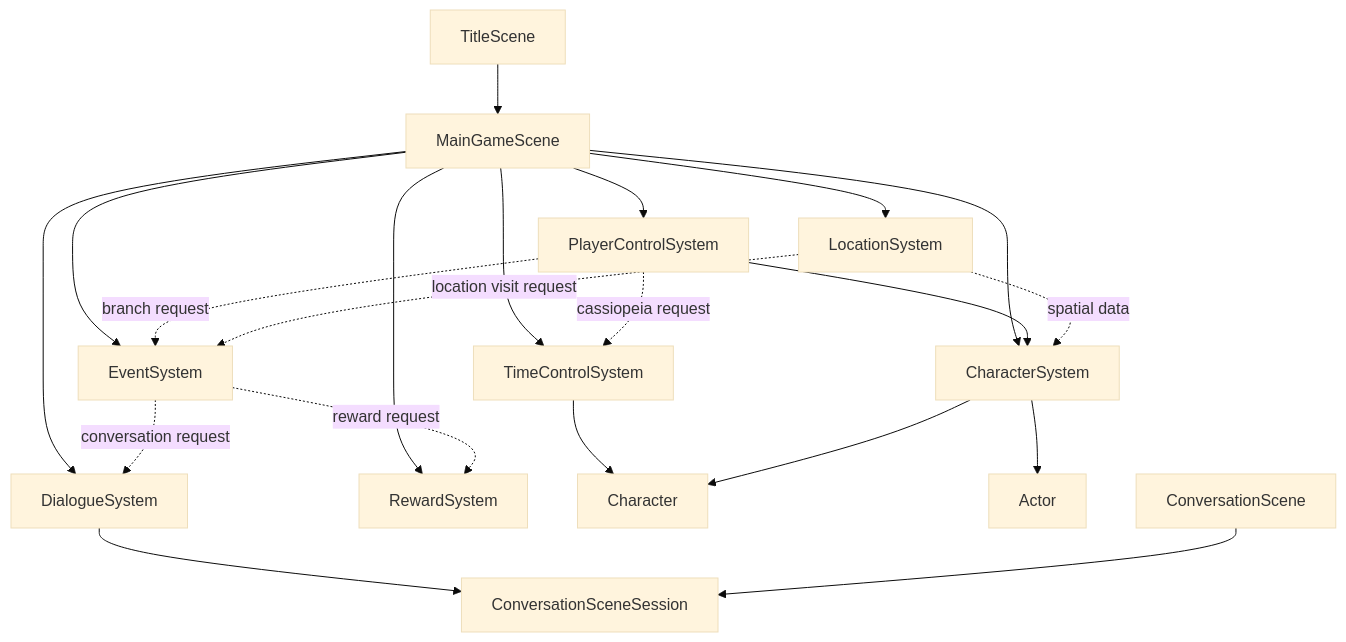
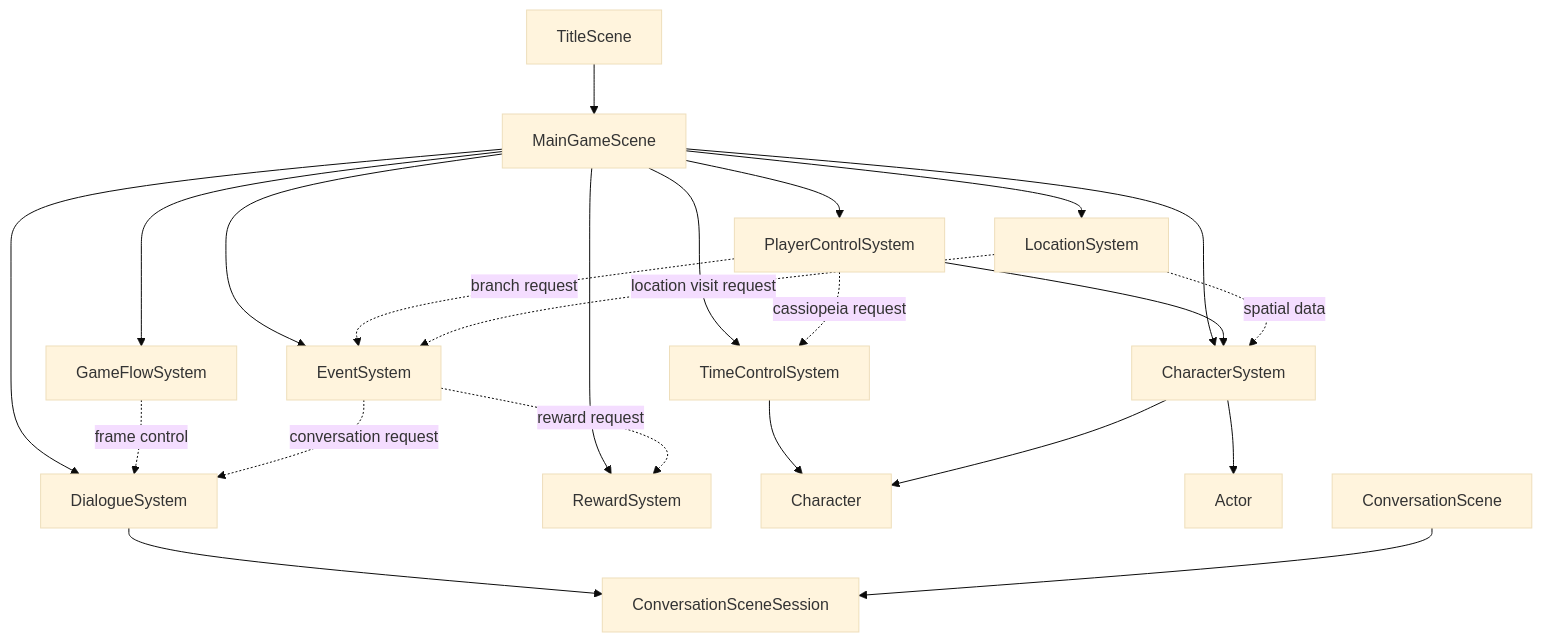
Before and after one commit to hachimitu22/negima-festival: the diagram in docs/詳細設計/ドメイン/シーン/README.md, drawn with Mermaid (base theme). The commit also changed other lines of this file and 13 other files, not shown here.

Commit message:
refactor: GameFlowSystem 化

````diff
--- a/docs/詳細設計/ドメイン/シーン/README.md
+++ b/docs/詳細設計/ドメイン/シーン/README.md
@@ -21,23 +22,25 @@
 ```mermaid
 flowchart TB
   TitleScene --> MainGameScene
   MainGameScene --> CharacterSystem
+  MainGameScene --> GameFlowSystem
   MainGameScene --> LocationSystem
   MainGameScene --> DialogueSystem
   MainGameScene --> PlayerControlSystem
   MainGameScene --> EventSystem
   MainGameScene --> RewardSystem
   MainGameScene --> TimeControlSystem
   PlayerControlSystem --> CharacterSystem
+  GameFlowSystem -. frame control .-> DialogueSystem
   PlayerControlSystem -. branch request .-> EventSystem
   PlayerControlSystem -. cassiopeia request .-> TimeControlSystem
   LocationSystem -. location visit request .-> EventSystem
   LocationSystem -. spatial data .-> CharacterSystem
   EventSystem -. conversation request .-> DialogueSystem
   EventSystem -. reward request .-> RewardSystem
   TimeControlSystem --> Character
   CharacterSystem --> Character
   CharacterSystem --> Actor
   DialogueSystem --> ConversationSceneSession
   ConversationScene --> ConversationSceneSession
 ```
````
